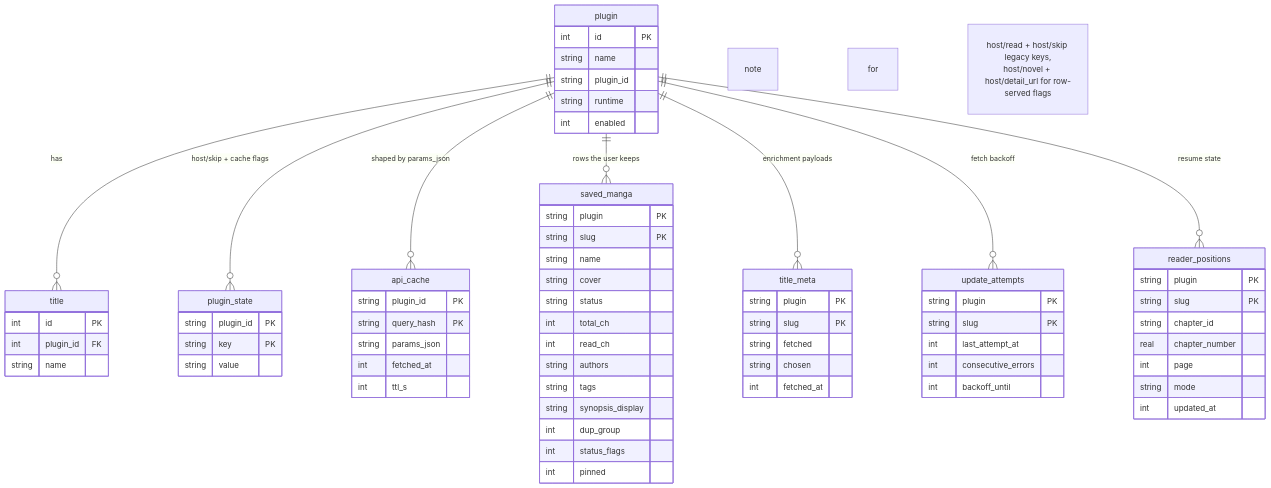
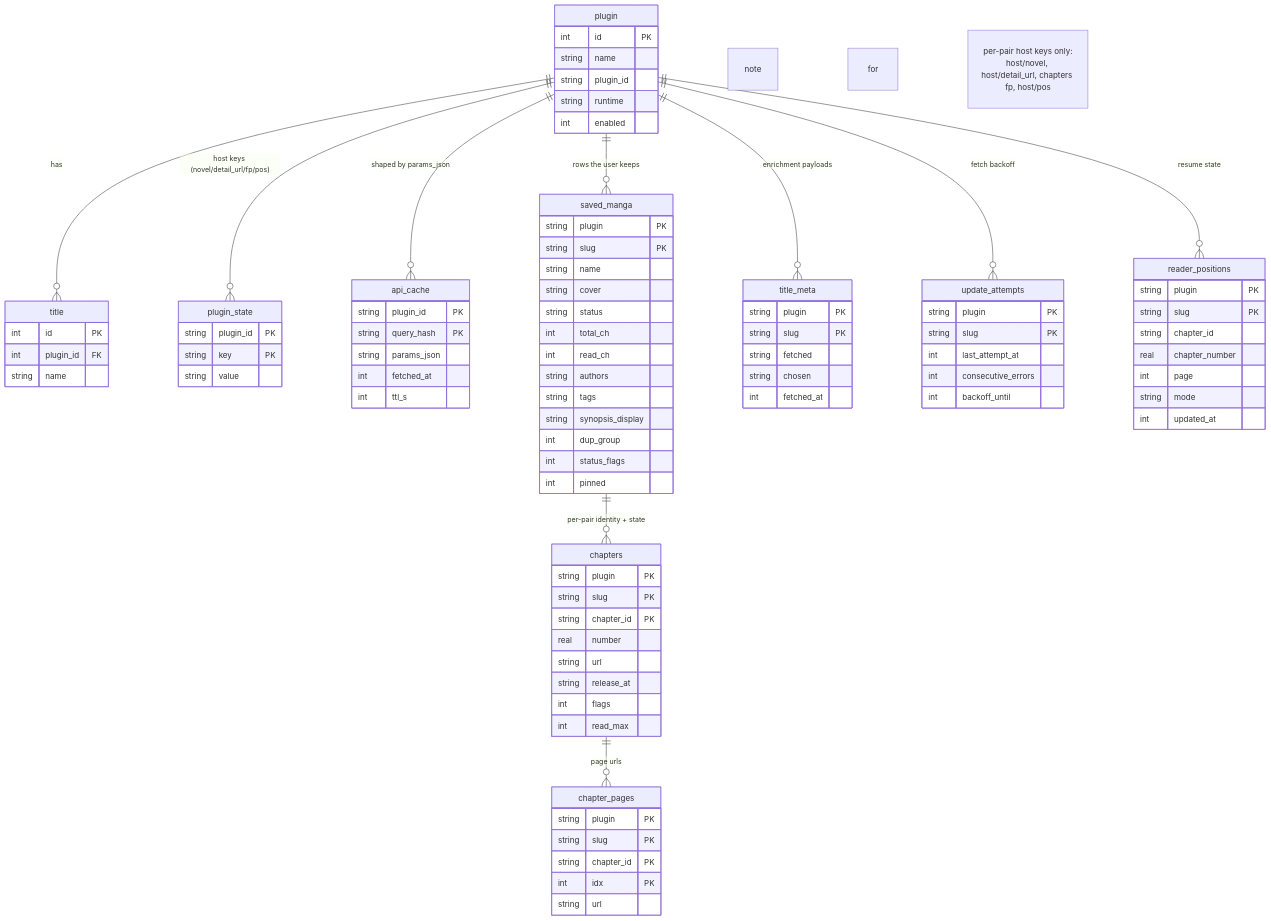
One commit to kenzanin/cppIsekai changed the third of 3 diagrams in README.md. Above: the diagram before and after it, drawn with Mermaid. The commit also changed other lines of this file and 3 other files, not shown here.

Commit message:
docs: README reflects promote-on-save, row-served chapters, unsave wipe, read_max; erDiagram gains chapters/chapter_pages

````diff
--- a/README.md
+++ b/README.md
@@ -137,9 +137,11 @@
 ```mermaid
 erDiagram
     plugin ||--o{ title : "has"
-    plugin ||--o{ plugin_state : "host/skip + cache flags"
+    plugin ||--o{ plugin_state : "host keys (novel/detail_url/fp/pos)"
     plugin ||--o{ api_cache : "shaped by params_json"
     plugin ||--o{ saved_manga : "rows the user keeps"
+    saved_manga ||--o{ chapters : "per-pair identity + state"
+    chapters ||--o{ chapter_pages : "page urls"
     plugin ||--o{ title_meta : "enrichment payloads"
     plugin ||--o{ update_attempts : "fetch backoff"
     plugin ||--o{ reader_positions : "resume state"
@@ -194,12 +196,29 @@
         string mode
         int updated_at
     }
+    chapters {
+        string plugin PK
+        string slug PK
+        string chapter_id PK
+        real number
+        string url
+        string release_at
+        int flags
+        int read_max
+    }
+    chapter_pages {
+        string plugin PK
+        string slug PK
+        string chapter_id PK
+        int idx PK
+        string url
+    }
     plugin_state {
         string plugin_id PK
         string key PK
         string value
     }
-    note for plugin_state "host/read + host/skip legacy keys,<br/>host/novel + host/detail_url for row-served flags"
+    note for plugin_state "per-pair host keys only:<br/>host/novel, host/detail_url, chapters fp, host/pos"
     update_attempts {
         string plugin PK
         string slug PK
````
